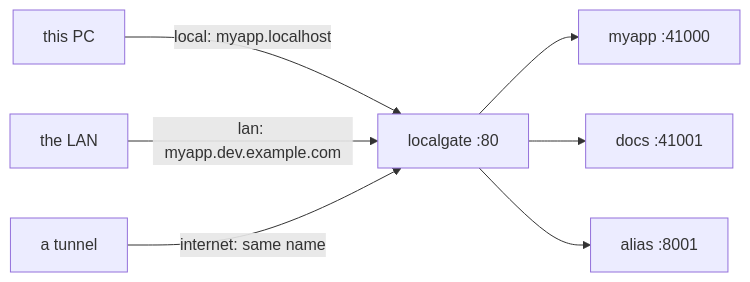
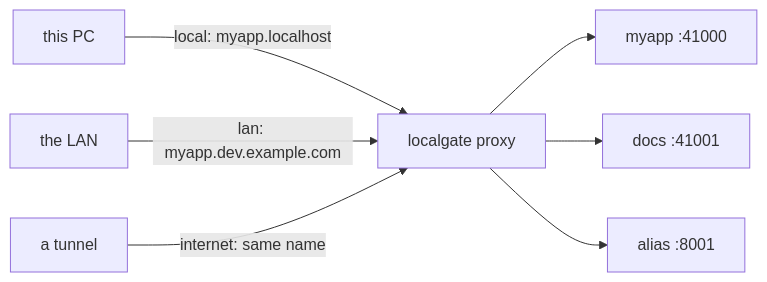
Before and after one commit to ludekvodicka/LocalGate: the first of 2 diagrams in README.md, drawn with Mermaid. The commit also changed other lines of this file and 22 other files, not shown here.

````diff
--- a/README.md
+++ b/README.md
@@ -34,12 +31,12 @@
 ```mermaid
 flowchart LR
     local["this PC"] -->|"local: myapp.localhost"| proxy
     lan["the LAN"] -->|"lan: myapp.dev.example.com"| proxy
     net["a tunnel"] -->|"internet: same name"| proxy
 
-    proxy["localgate :80"]
+    proxy["localgate proxy"]
 
     proxy --> app1["myapp :41000"]
     proxy --> app2["docs :41001"]
     proxy --> alias["alias :8001"]
 ```
````
